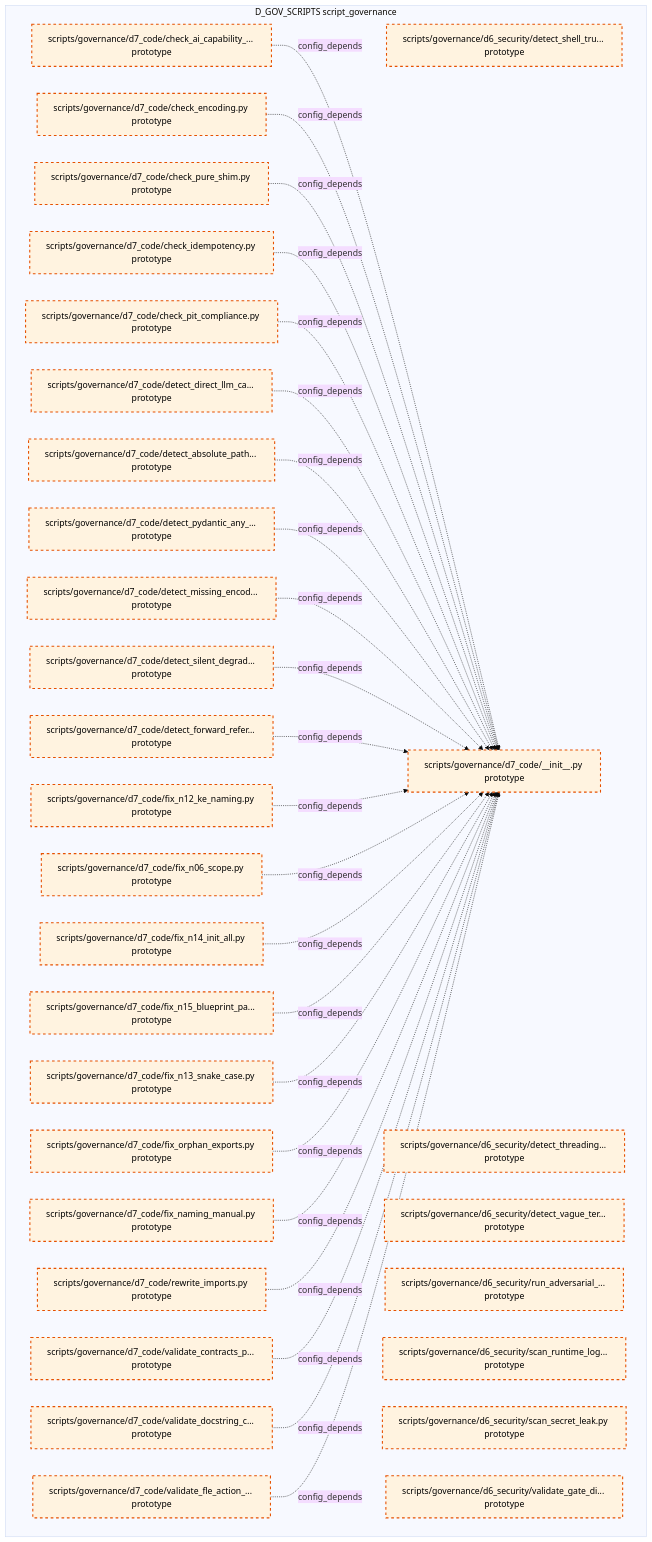
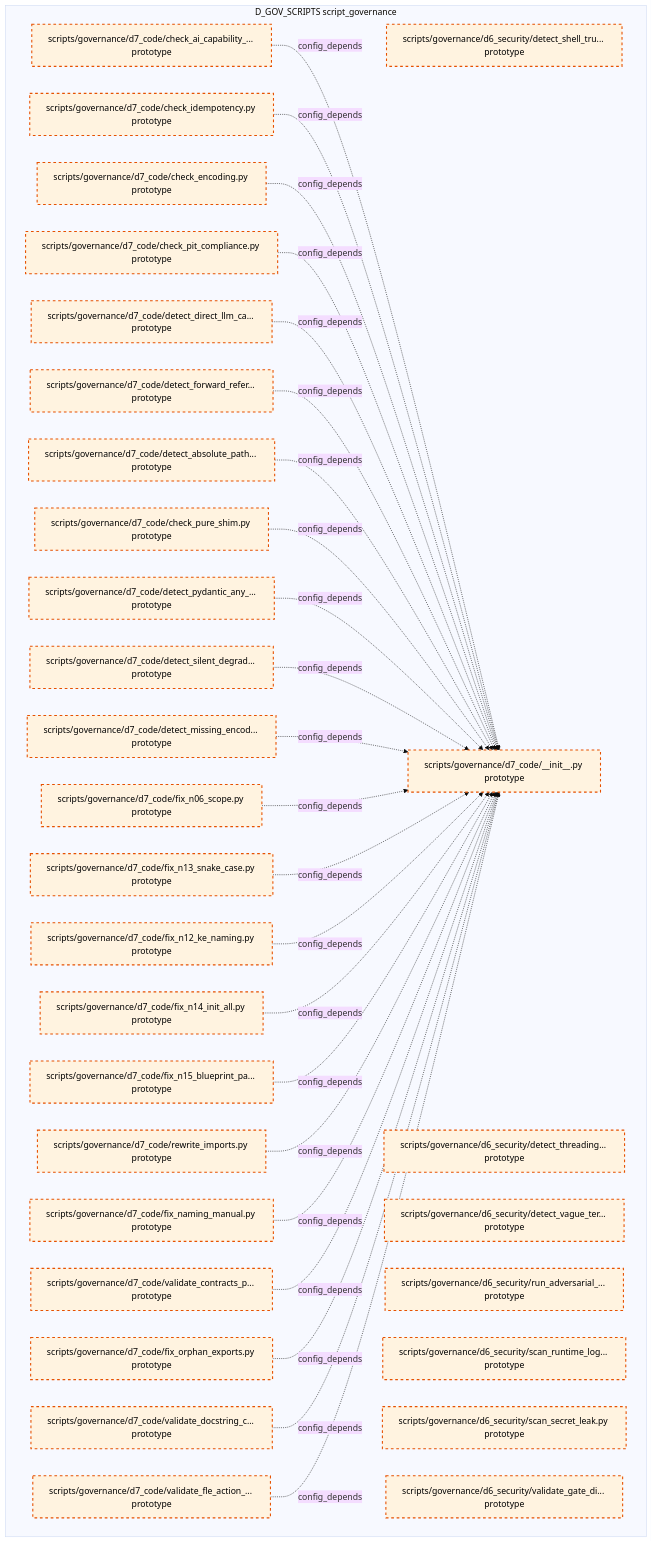
The tenth of 15 diagrams in docs/02_enterprise_architecture/02_domain_architecture_docs/36_d_gov_scripts.md (xuanFelixVan/ZephyrAlpha), drawn with Mermaid (base theme) before and after one commit. The commit also changed other lines of this file and 99 other files, not shown here.

````diff
--- a/docs/02_enterprise_architecture/02_domain_architecture_docs/36_d_gov_scripts.md
+++ b/docs/02_enterprise_architecture/02_domain_architecture_docs/36_d_gov_scripts.md
@@ -690,62 +689,62 @@
 ```mermaid
 graph TD
     subgraph D_GOV_SCRIPTS["D_GOV_SCRIPTS script_governance"]
         scripts_governance_d6_security_detect_shell_true_py["scripts/governance/d6_security/detect_shell_tru... prototype"]
         scripts_governance_d6_security_detect_threading_lock_py["scripts/governance/d6_security/detect_threading... prototype"]
         scripts_governance_d6_security_detect_vague_terms_py["scripts/governance/d6_security/detect_vague_ter... prototype"]
         scripts_governance_d6_security_run_adversarial_checks_py["scripts/governance/d6_security/run_adversarial_... prototype"]
         scripts_governance_d6_security_scan_runtime_log_secrets_py["scripts/governance/d6_security/scan_runtime_log... prototype"]
         scripts_governance_d6_security_scan_secret_leak_py["scripts/governance/d6_security/scan_secret_leak.py prototype"]
         scripts_governance_d6_security_validate_gate_discipline_py["scripts/governance/d6_security/validate_gate_di... prototype"]
         scripts_governance_d7_code_init_py["scripts/governance/d7_code/__init__.py prototype"]
         scripts_governance_d7_code_check_ai_capability_boundary_py["scripts/governance/d7_code/check_ai_capability_... prototype"]
         scripts_governance_d7_code_check_encoding_py["scripts/governance/d7_code/check_encoding.py prototype"]
         scripts_governance_d7_code_check_idempotency_py["scripts/governance/d7_code/check_idempotency.py prototype"]
         scripts_governance_d7_code_check_pit_compliance_py["scripts/governance/d7_code/check_pit_compliance.py prototype"]
         scripts_governance_d7_code_check_pure_shim_py["scripts/governance/d7_code/check_pure_shim.py prototype"]
         scripts_governance_d7_code_detect_absolute_path_hardcoding_py["scripts/governance/d7_code/detect_absolute_path... prototype"]
         scripts_governance_d7_code_detect_direct_llm_calls_py["scripts/governance/d7_code/detect_direct_llm_ca... prototype"]
         scripts_governance_d7_code_detect_forward_reference_py["scripts/governance/d7_code/detect_forward_refer... prototype"]
         scripts_governance_d7_code_detect_missing_encoding_py["scripts/governance/d7_code/detect_missing_encod... prototype"]
         scripts_governance_d7_code_detect_pydantic_any_fields_py["scripts/governance/d7_code/detect_pydantic_any_... prototype"]
         scripts_governance_d7_code_detect_silent_degradation_py["scripts/governance/d7_code/detect_silent_degrad... prototype"]
         scripts_governance_d7_code_fix_n06_scope_py["scripts/governance/d7_code/fix_n06_scope.py prototype"]
         scripts_governance_d7_code_fix_n12_ke_naming_py["scripts/governance/d7_code/fix_n12_ke_naming.py prototype"]
         scripts_governance_d7_code_fix_n13_snake_case_py["scripts/governance/d7_code/fix_n13_snake_case.py prototype"]
         scripts_governance_d7_code_fix_n14_init_all_py["scripts/governance/d7_code/fix_n14_init_all.py prototype"]
         scripts_governance_d7_code_fix_n15_blueprint_path_py["scripts/governance/d7_code/fix_n15_blueprint_pa... prototype"]
         scripts_governance_d7_code_fix_naming_manual_py["scripts/governance/d7_code/fix_naming_manual.py prototype"]
         scripts_governance_d7_code_fix_orphan_exports_py["scripts/governance/d7_code/fix_orphan_exports.py prototype"]
         scripts_governance_d7_code_rewrite_imports_py["scripts/governance/d7_code/rewrite_imports.py prototype"]
         scripts_governance_d7_code_validate_contracts_purity_py["scripts/governance/d7_code/validate_contracts_p... prototype"]
         scripts_governance_d7_code_validate_docstring_coverage_py["scripts/governance/d7_code/validate_docstring_c... prototype"]
         scripts_governance_d7_code_validate_fle_action_metadata_py["scripts/governance/d7_code/validate_fle_action_... prototype"]
     end
     scripts_governance_d7_code_check_ai_capability_boundary_py -.->|config_depends| scripts_governance_d7_code_init_py
+    scripts_governance_d7_code_check_idempotency_py -.->|config_depends| scripts_governance_d7_code_init_py
     scripts_governance_d7_code_check_encoding_py -.->|config_depends| scripts_governance_d7_code_init_py
-    scripts_governance_d7_code_check_pure_shim_py -.->|config_depends| scripts_governance_d7_code_init_py
-    scripts_governance_d7_code_check_idempotency_py -.->|config_depends| scripts_governance_d7_code_init_py
     scripts_governance_d7_code_check_pit_compliance_py -.->|config_depends| scripts_governance_d7_code_init_py
     scripts_governance_d7_code_detect_direct_llm_calls_py -.->|config_depends| scripts_governance_d7_code_init_py
+    scripts_governance_d7_code_detect_forward_reference_py -.->|config_depends| scripts_governance_d7_code_init_py
     scripts_governance_d7_code_detect_absolute_path_hardcoding_py -.->|config_depends| scripts_governance_d7_code_init_py
+    scripts_governance_d7_code_check_pure_shim_py -.->|config_depends| scripts_governance_d7_code_init_py
     scripts_governance_d7_code_detect_pydantic_any_fields_py -.->|config_depends| scripts_governance_d7_code_init_py
+    scripts_governance_d7_code_detect_silent_degradation_py -.->|config_depends| scripts_governance_d7_code_init_py
     scripts_governance_d7_code_detect_missing_encoding_py -.->|config_depends| scripts_governance_d7_code_init_py
-    scripts_governance_d7_code_detect_silent_degradation_py -.->|config_depends| scripts_governance_d7_code_init_py
-    scripts_governance_d7_code_detect_forward_reference_py -.->|config_depends| scripts_governance_d7_code_init_py
+    scripts_governance_d7_code_fix_n06_scope_py -.->|config_depends| scripts_governance_d7_code_init_py
+    scripts_governance_d7_code_fix_n13_snake_case_py -.->|config_depends| scripts_governance_d7_code_init_py
     scripts_governance_d7_code_fix_n12_ke_naming_py -.->|config_depends| scripts_governance_d7_code_init_py
-    scripts_governance_d7_code_fix_n06_scope_py -.->|config_depends| scripts_governance_d7_code_init_py
     scripts_governance_d7_code_fix_n14_init_all_py -.->|config_depends| scripts_governance_d7_code_init_py
     scripts_governance_d7_code_fix_n15_blueprint_path_py -.->|config_depends| scripts_governance_d7_code_init_py
-    scripts_governance_d7_code_fix_n13_snake_case_py -.->|config_depends| scripts_governance_d7_code_init_py
+    scripts_governance_d7_code_rewrite_imports_py -.->|config_depends| scripts_governance_d7_code_init_py
+    scripts_governance_d7_code_fix_naming_manual_py -.->|config_depends| scripts_governance_d7_code_init_py
+    scripts_governance_d7_code_validate_contracts_purity_py -.->|config_depends| scripts_governance_d7_code_init_py
     scripts_governance_d7_code_fix_orphan_exports_py -.->|config_depends| scripts_governance_d7_code_init_py
-    scripts_governance_d7_code_fix_naming_manual_py -.->|config_depends| scripts_governance_d7_code_init_py
-    scripts_governance_d7_code_rewrite_imports_py -.->|config_depends| scripts_governance_d7_code_init_py
-    scripts_governance_d7_code_validate_contracts_purity_py -.->|config_depends| scripts_governance_d7_code_init_py
     scripts_governance_d7_code_validate_docstring_coverage_py -.->|config_depends| scripts_governance_d7_code_init_py
     scripts_governance_d7_code_validate_fle_action_metadata_py -.->|config_depends| scripts_governance_d7_code_init_py
     classDef production fill:#e1f5fe,stroke:#01579b,stroke-width:2px,color:#000
     classDef design fill:#fff3e0,stroke:#e65100,stroke-width:2px,color:#000,stroke-dasharray: 5 5
     classDef external_prod fill:#e8f5e9,stroke:#1b5e20,stroke-width:1px,color:#000
     classDef external_design fill:#fce4ec,stroke:#880e4f,stroke-width:1px,color:#000,stroke-dasharray: 5 5
     class scripts_governance_d6_security_detect_shell_true_py,scripts_governance_d6_security_detect_threading_lock_py,scripts_governance_d6_security_detect_vague_terms_py,scripts_governance_d6_security_run_adversarial_checks_py,scripts_governance_d6_security_scan_runtime_log_secrets_py,scripts_governance_d6_security_scan_secret_leak_py,scripts_governance_d6_security_validate_gate_discipline_py,scripts_governance_d7_code_init_py,scripts_governance_d7_code_check_ai_capability_boundary_py,scripts_governance_d7_code_check_encoding_py,scripts_governance_d7_code_check_idempotency_py,scripts_governance_d7_code_check_pit_compliance_py,scripts_governance_d7_code_check_pure_shim_py,scripts_governance_d7_code_detect_absolute_path_hardcoding_py,scripts_governance_d7_code_detect_direct_llm_calls_py,scripts_governance_d7_code_detect_forward_reference_py,scripts_governance_d7_code_detect_missing_encoding_py,scripts_governance_d7_code_detect_pydantic_any_fields_py,scripts_governance_d7_code_detect_silent_degradation_py,scripts_governance_d7_code_fix_n06_scope_py,scripts_governance_d7_code_fix_n12_ke_naming_py,scripts_governance_d7_code_fix_n13_snake_case_py,scripts_governance_d7_code_fix_n14_init_all_py,scripts_governance_d7_code_fix_n15_blueprint_path_py,scripts_governance_d7_code_fix_naming_manual_py,scripts_governance_d7_code_fix_orphan_exports_py,scripts_governance_d7_code_rewrite_imports_py,scripts_governance_d7_code_validate_contracts_purity_py,scripts_governance_d7_code_validate_docstring_coverage_py,scripts_governance_d7_code_validate_fle_action_metadata_py design
 ```
````
